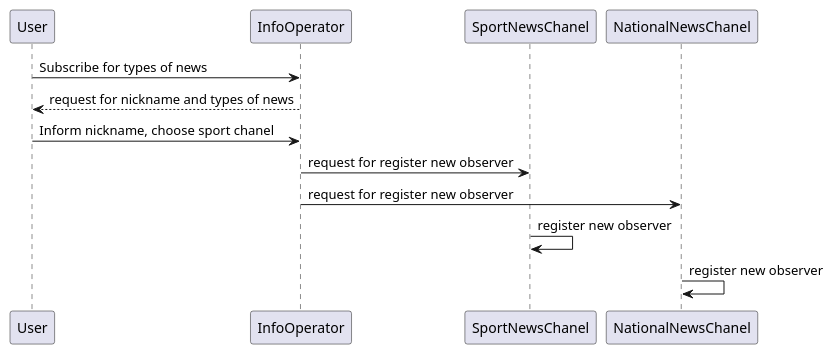
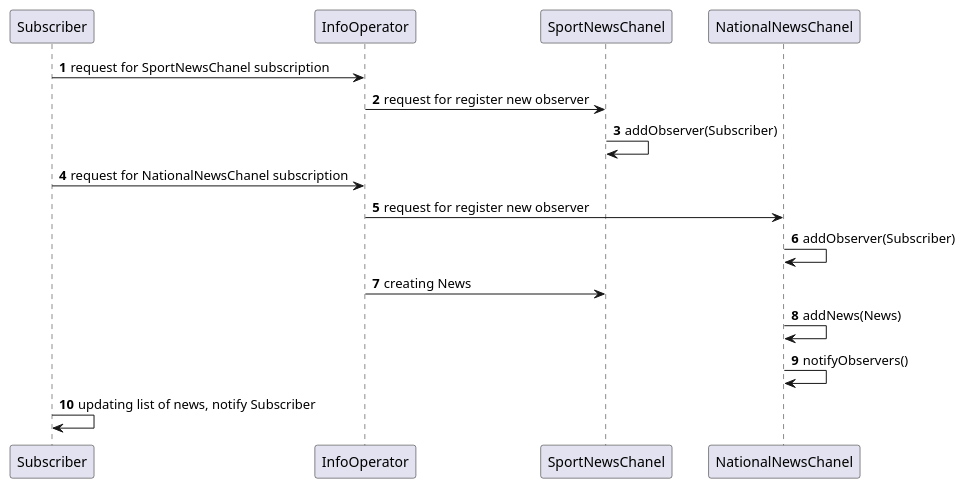
Before and after one commit to ktvcv/PracticeOfPatterns: the diagram in src/dss/News/ObservableNews/uml/sequence_diagram_add_subscriptions.puml, drawn with PlantUML. The commit also changed 54 other files, not shown here.

```diff
--- a/src/dss/News/ObservableNews/uml/sequence_diagram_add_subscriptions.puml
+++ b/src/dss/News/ObservableNews/uml/sequence_diagram_add_subscriptions.puml
@@ -1,11 +1,17 @@
 @startuml
-User -> InfoOperator: Subscribe for types of news
-InfoOperator --> User: request for nickname and types of news
-User -> InfoOperator : Inform nickname, choose sport chanel
+autonumber
+
+Subscriber -> InfoOperator: request for SportNewsChanel subscription
 InfoOperator -> SportNewsChanel: request for register new observer
+SportNewsChanel -> SportNewsChanel: addObserver(Subscriber)
+
+Subscriber -> InfoOperator: request for NationalNewsChanel subscription
 InfoOperator -> NationalNewsChanel: request for register new observer
+NationalNewsChanel -> NationalNewsChanel: addObserver(Subscriber)
 
-SportNewsChanel -> SportNewsChanel : register new observer
-NationalNewsChanel -> NationalNewsChanel : register new observer
+InfoOperator -> SportNewsChanel : creating News
+NationalNewsChanel -> NationalNewsChanel : addNews(News)
+NationalNewsChanel -> NationalNewsChanel: notifyObservers()
+Subscriber -> Subscriber: updating list of news, notify Subscriber
 
 @enduml
```
